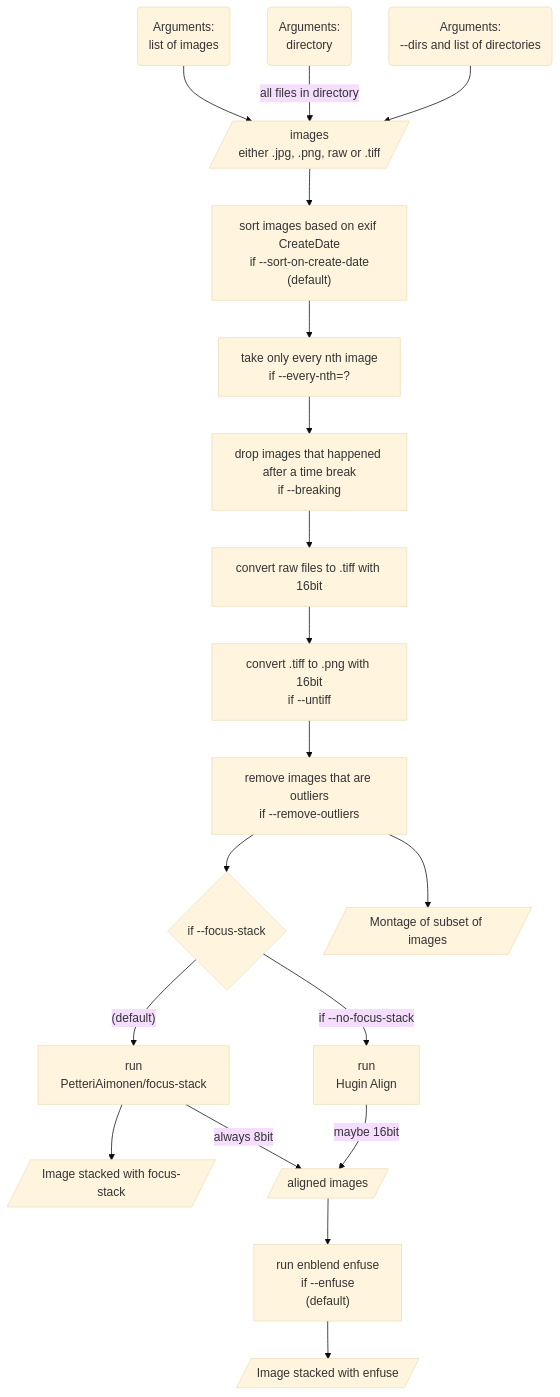
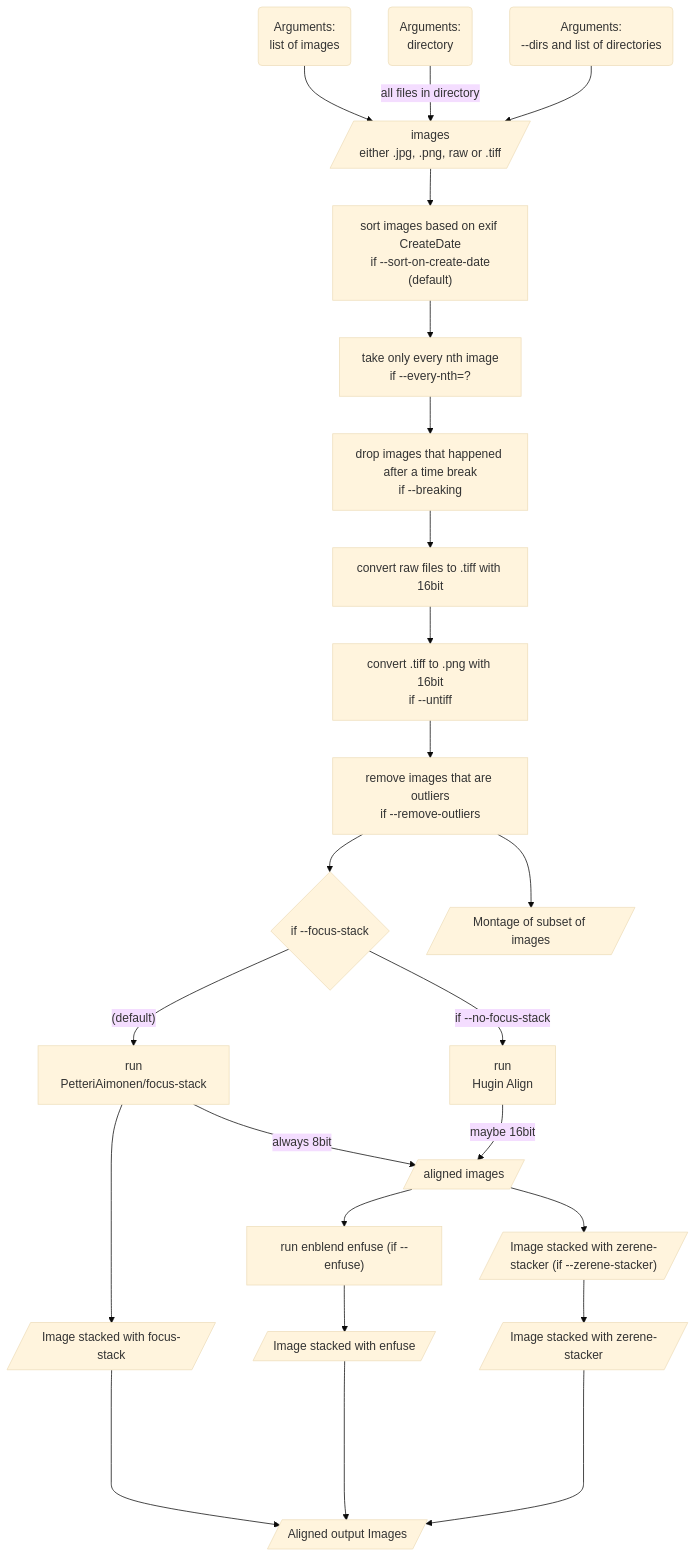
One commit to maxhbr/myphoto changed the diagram in README.md. Above: the diagram before and after it, drawn with Mermaid (base theme). The commit also changed 5 other files, not shown here.

````diff
--- a/README.md
+++ b/README.md
@@ -7,25 +7,31 @@
 ```mermaid
   graph TD;
       A1("Arguments:\nlist of images");
       A2("Arguments:\ndirectory");
       A3("Arguments:\n--dirs and list of directories");
       A1 --> A[/"images\n either .jpg, .png, raw or .tiff"/];
       A2 -- "all files in directory" --> A;
       A3 --> A;
       A --> B["sort images based on exif CreateDate\nif --sort-on-create-date\n(default)"];
       B --> C["take only every nth image\nif --every-nth=?"];
       C --> D["drop images that happened after a time break\nif --breaking"];
       D --> E["convert raw files to .tiff with 16bit"];
       E --> F["convert .tiff to .png with 16bit\nif --untiff"];
       F --> G["remove images that are outliers\nif --remove-outliers"];
       G --> G'{"if --focus-stack"}
       G' -- "(default)" --> H1["run\nPetteriAimonen/focus-stack"];
       G' -- "if --no-focus-stack" --> H2["run\nHugin Align"]
       H1 --> Z1[/"Image stacked with focus-stack"/]
       H1 -- "always 8bit" --> I[/"aligned images"/]
       H2 -- "maybe 16bit" --> I
-      I --> J["run enblend enfuse\nif --enfuse\n(default)"]
+      I --> J["run enblend enfuse (if --enfuse)"]
       J --> Z2[/"Image stacked with enfuse"/]
-      G --> Z3[/"Montage of subset of images"/]
+      I --> K[/"Image stacked with zerene-stacker (if --zerene-stacker)"/]
+      K --> Z3[/"Image stacked with zerene-stacker"/]
+      G --> ZZ[/"Montage of subset of images"/]
+
+      Z1 -----> ZA[/"Aligned output Images"/]
+      Z2 -----> ZA
+      Z3 -----> ZA
 
 ```
````
